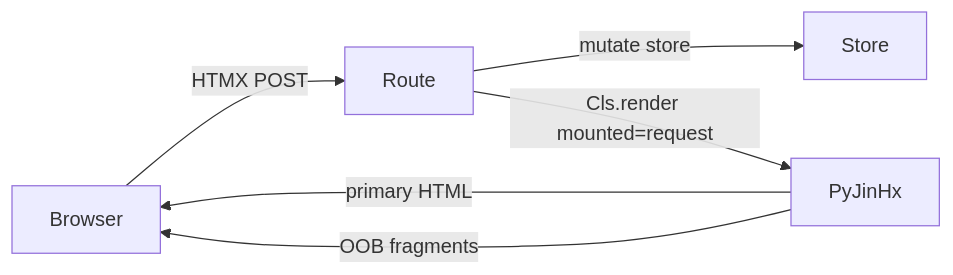
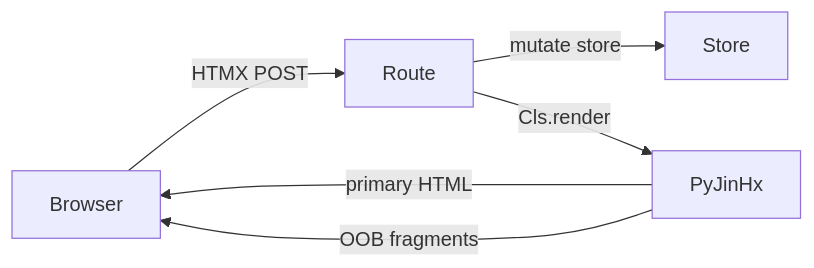
The diagram in docs/getting-started/build-an-app.md (paulomtts/pyjinhx), drawn with Mermaid before and after one commit. The commit also changed other lines of this file and 15 other files, not shown here.

First line of the commit message:
Add ClientBackend for automatic request header resolution in render().

````diff
--- a/docs/getting-started/build-an-app.md
+++ b/docs/getting-started/build-an-app.md
@@ -26,8 +26,8 @@
 ```mermaid
 flowchart LR
     Browser -->|HTMX POST| Route
     Route -->|mutate store| Store
-    Route -->|Cls.render mounted=request| PyJinHx
+    Route -->|Cls.render| PyJinHx
     PyJinHx -->|primary HTML| Browser
     PyJinHx -->|OOB fragments| Browser
 ```
````
